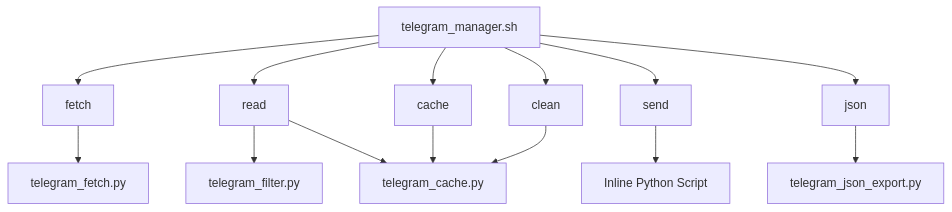
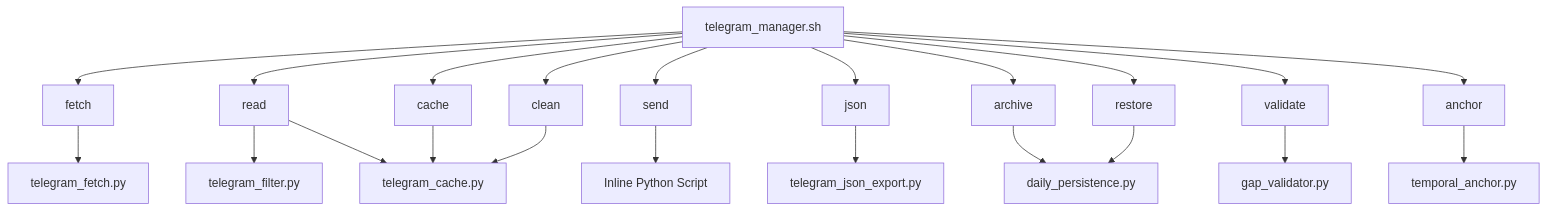
One commit to almazom/MCP-Fallback-Scripts changed the first of 3 diagrams in .qoder/repowiki/en/content/Command Reference/Command Reference.md. Above: the diagram before and after it, drawn with Mermaid. The commit also changed other lines of this file and 44 other files, not shown here.

````diff
--- a/.qoder/repowiki/en/content/Command Reference/Command Reference.md
+++ b/.qoder/repowiki/en/content/Command Reference/Command Reference.md
@@ -43,16 +59,24 @@
 ```mermaid
 graph TD
 A[telegram_manager.sh] --> B[fetch]
 A --> C[read]
 A --> D[send]
 A --> E[json]
 A --> F[cache]
 A --> G[clean]
-B --> H[telegram_fetch.py]
-C --> I[telegram_filter.py]
-C --> J[telegram_cache.py]
-D --> K[Inline Python Script]
-E --> L[telegram_json_export.py]
-F --> J
-G --> J
+A --> H[archive]
+A --> I[restore]
+A --> J[validate]
+A --> K[anchor]
+B --> L[telegram_fetch.py]
+C --> M[telegram_filter.py]
+C --> N[telegram_cache.py]
+D --> O[Inline Python Script]
+E --> P[telegram_json_export.py]
+F --> N
+G --> N
+H --> Q[daily_persistence.py]
+I --> Q
+J --> R[gap_validator.py]
+K --> S[temporal_anchor.py]
 ```
````
